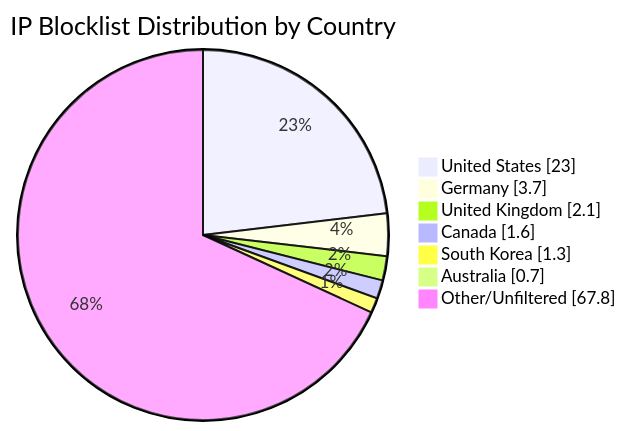
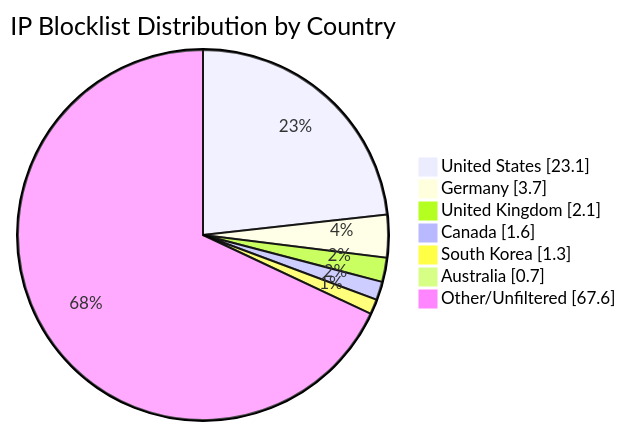
One commit to MarcusHoltz/ipblocklist-geofiltered-aggregator changed the diagram in README.md. Above: the diagram before and after it, drawn with Mermaid. The commit also changed other lines of this file and 9 other files, not shown here.

````diff
--- a/README.md
+++ b/README.md
@@ -34,10 +34,10 @@
 ```mermaid
 pie showData title IP Blocklist Distribution by Country
-"United States" : 23.0
+"United States" : 23.1
 "Germany" : 3.7
 "United Kingdom" : 2.1
 "Canada" : 1.6
 "South Korea" : 1.3
 "Australia" : 0.7
-"Other/Unfiltered" : 67.8
+"Other/Unfiltered" : 67.6
 ```
````
